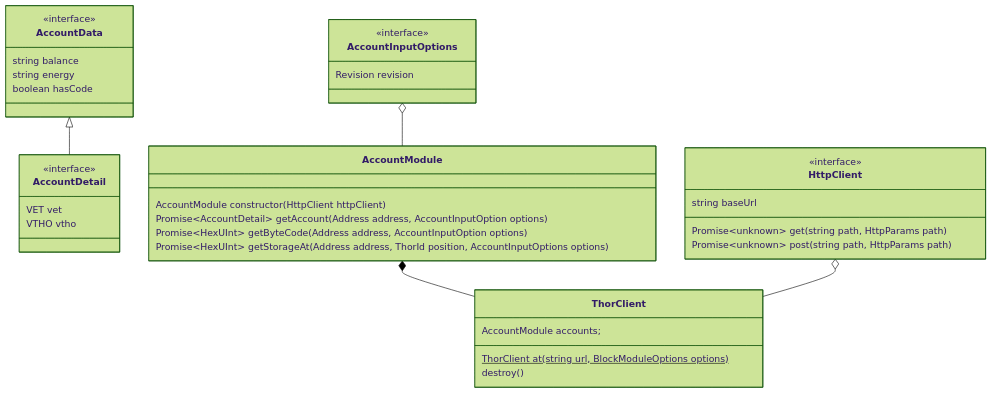
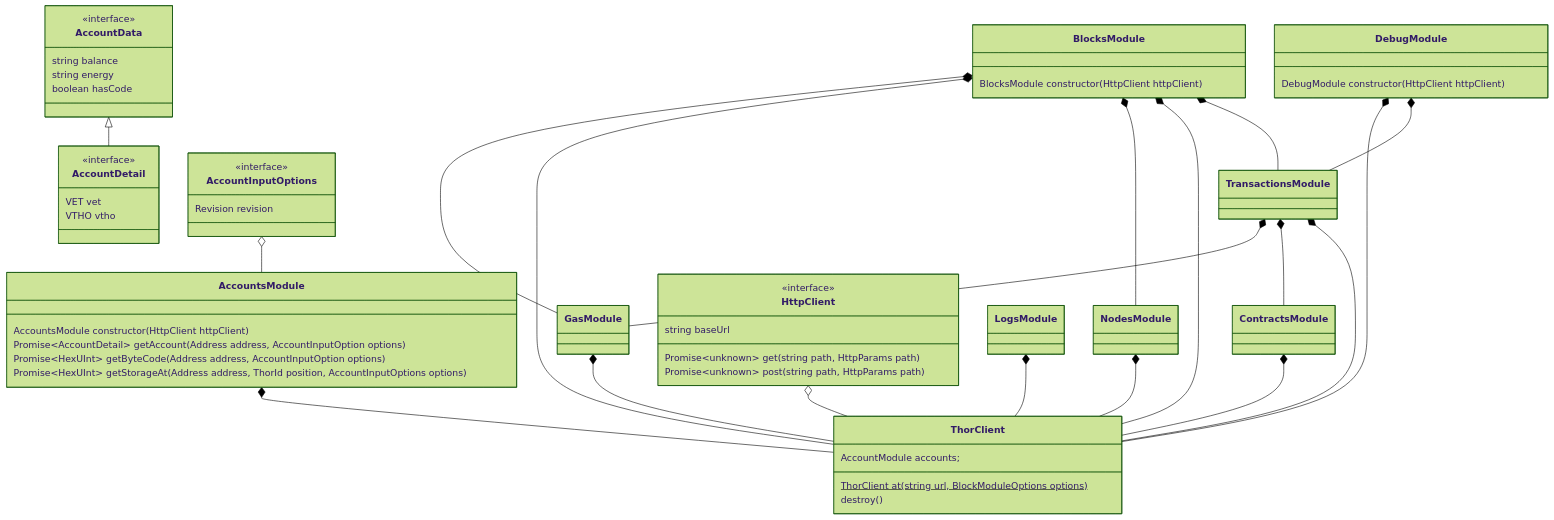
The diagram in docs/diagrams/architecture/network.md (vechain/vechain-sdk-js), drawn with Mermaid (forest theme) before and after one commit.

Commit message:
feat: 1450 accounts module refactoring

````diff
--- a/docs/diagrams/architecture/network.md
+++ b/docs/diagrams/architecture/network.md
@@ -1,39 +1,69 @@
 ```mermaid
 classDiagram
     class AccountData {
         <<interface>>
         string balance
         string energy
         boolean hasCode
     }
     class AccountDetail {
         <<interface>>
         VET vet
         VTHO vtho
     }
     class AccountInputOptions {
         <<interface>>
         Revision revision
     }
-    class AccountModule {
-        AccountModule constructor(HttpClient httpClient)
+    class AccountsModule {
+        AccountsModule constructor(HttpClient httpClient)
         Promise~AccountDetail~ getAccount(Address address, AccountInputOption options)
         Promise~HexUInt~ getByteCode(Address address, AccountInputOption options)
         Promise~HexUInt~ getStorageAt(Address address, ThorId position, AccountInputOptions options)
+    }
+    class BlocksModule {
+        BlocksModule constructor(HttpClient httpClient)
+    }
+    class ContractsModule {
+    }
+    class DebugModule {
+        DebugModule constructor(HttpClient httpClient)
+    }
+    class GasModule {
     }
     class HttpClient {
         <<interface>>
         string baseUrl
         Promise~unknown~ get(string path, HttpParams path)
         Promise~unknown~ post(string path, HttpParams path)
     }
+    class LogsModule {
+    }
+    class NodesModule {
+    }
     class ThorClient {
         AccountModule accounts;
         ThorClient at(string url, BlockModuleOptions options)$
         destroy()
     }
+    class TransactionsModule {
+    }
     AccountData <|-- AccountDetail
-    AccountInputOptions o-- AccountModule
-    AccountModule *-- ThorClient
+    AccountInputOptions o-- AccountsModule
+    AccountsModule *-- ThorClient
+    BlocksModule *-- GasModule
+    BlocksModule *-- ThorClient
+    BlocksModule *-- NodesModule
+    BlocksModule *-- ThorClient
+    BlocksModule *-- TransactionsModule
+    ContractsModule *-- ThorClient
+    DebugModule *-- ThorClient
+    DebugModule *-- TransactionsModule
+    GasModule *-- ThorClient
     HttpClient o-- ThorClient
+    LogsModule *-- ThorClient
+    NodesModule *-- ThorClient
+    TransactionsModule *-- GasModule
+    TransactionsModule *-- ContractsModule
+    TransactionsModule *-- ThorClient
 ```
````
